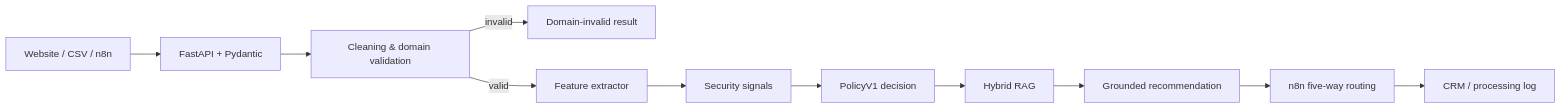
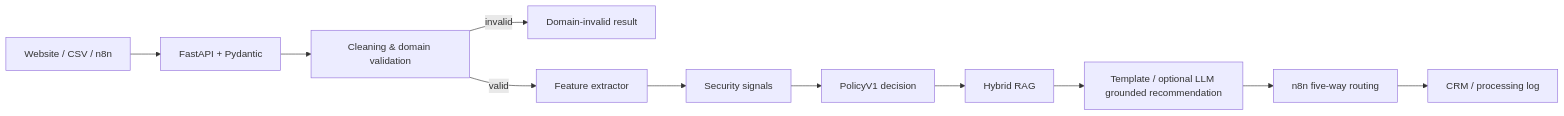
The diagram in README.en.md (jorlin1101-cyber/ai-sales-lead-crm-automation), drawn with Mermaid before and after one commit. The commit also changed other lines of this file and 36 other files, not shown here.

Commit message:
feat: add grounded LLM recommendations

````diff
--- a/README.en.md
+++ b/README.en.md
@@ -77,13 +79,13 @@
 ```mermaid
 flowchart LR
     A[Website / CSV / n8n] --> B[FastAPI + Pydantic]
     B --> C[Cleaning & domain validation]
     C -->|invalid| J[Domain-invalid result]
     C -->|valid| D[Feature extractor]
     D --> E[Security signals]
     E --> F[PolicyV1 decision]
     F --> G[Hybrid RAG]
-    G --> H[Grounded recommendation]
+    G --> H[Template / optional LLM grounded recommendation]
     H --> I[n8n five-way routing]
     I --> K[CRM / processing log]
 ```
````
